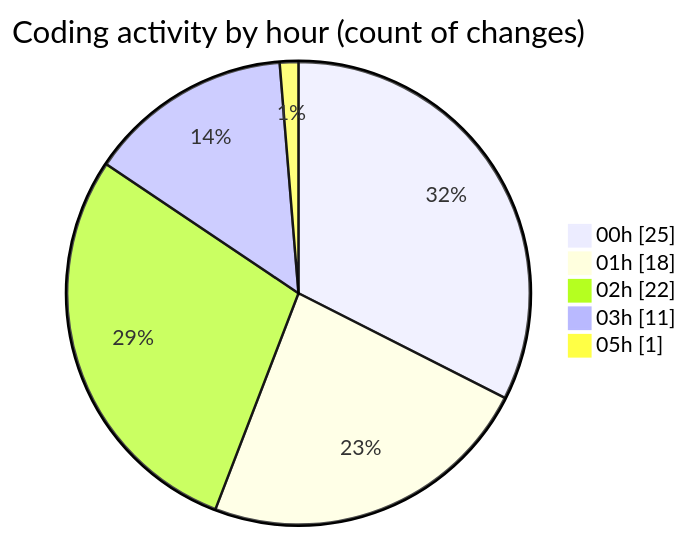
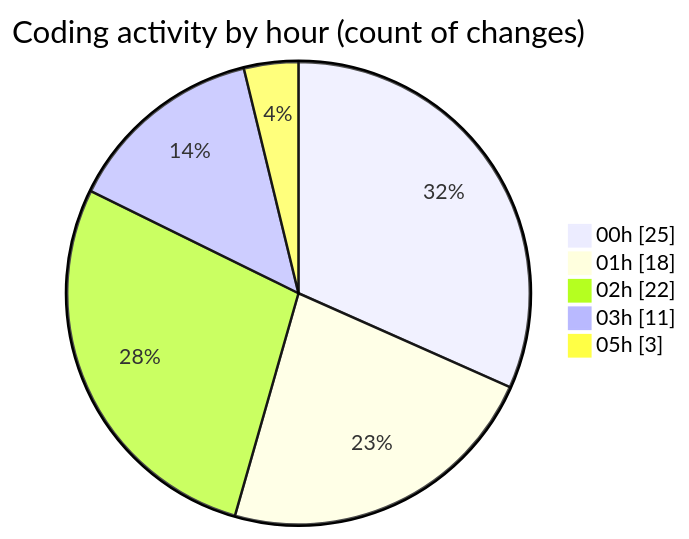
One commit to EIIisD/code-tracking changed the second of 2 diagrams in 2025-07-18/ribbon/README.md. Above: the diagram before and after it, drawn with Mermaid. The commit also changed other lines of this file and 1 other file, not shown here.

````diff
--- a/2025-07-18/ribbon/README.md
+++ b/2025-07-18/ribbon/README.md
@@ -40,9 +40,9 @@
 ```mermaid
 pie showData
 title Coding activity by hour (count of changes)
 "00h" : 25
 "01h" : 18
 "02h" : 22
 "03h" : 11
-"05h" : 1
+"05h" : 3
 ```
````
